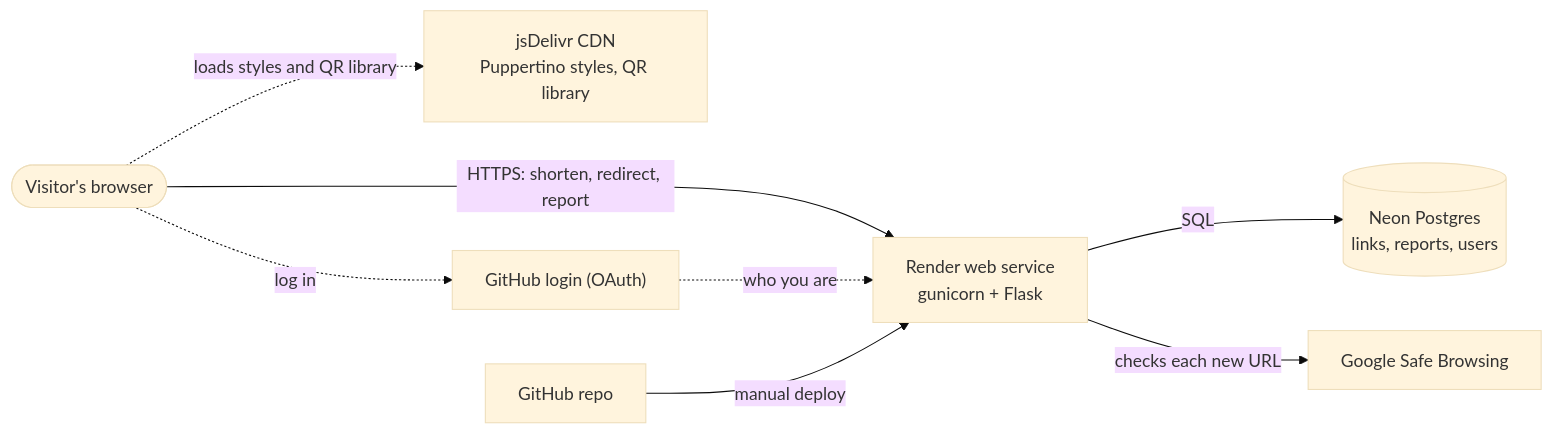
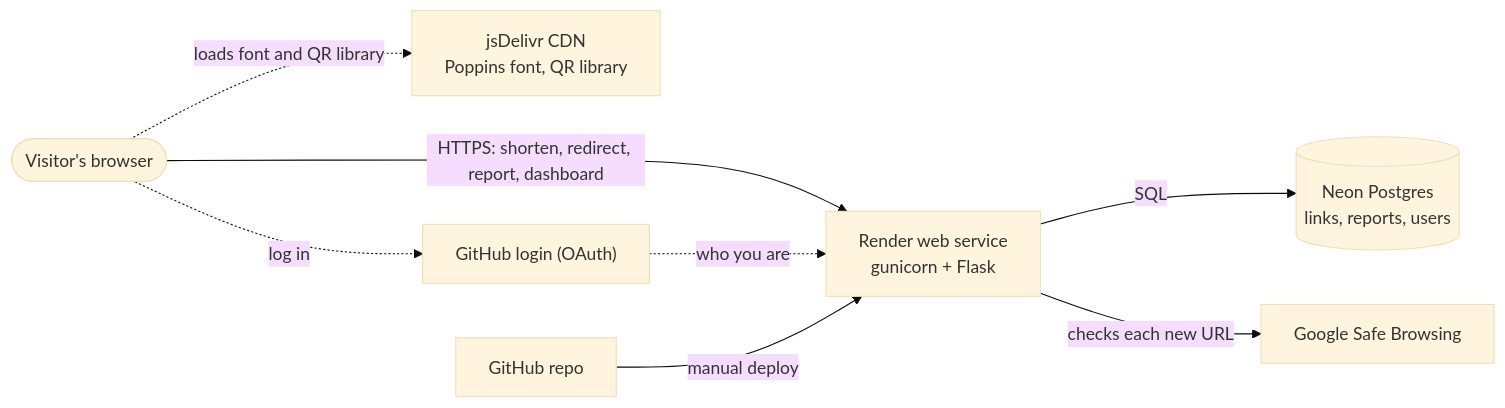
The diagram in README.md (martinipolice/snipurlnk), drawn with Mermaid (base theme) before and after one commit. The commit also changed other lines of this file and 7 other files, not shown here.

````diff
--- a/README.md
+++ b/README.md
@@ -80,18 +104,18 @@
 ```mermaid
 flowchart LR
     visitor(["Visitor's browser"])
-    cdn["jsDelivr CDN<br/>Puppertino styles, QR library"]
+    cdn["jsDelivr CDN<br/>Poppins font, QR library"]
     app["Render web service<br/>gunicorn + Flask"]
     db[("Neon Postgres<br/>links, reports, users")]
     google["Google Safe Browsing"]
     ghlogin["GitHub login (OAuth)"]
     github["GitHub repo"]
 
-    visitor -->|"HTTPS: shorten, redirect, report"| app
-    visitor -.->|"loads styles and QR library"| cdn
+    visitor -->|"HTTPS: shorten, redirect, report, dashboard"| app
+    visitor -.->|"loads font and QR library"| cdn
     visitor -.->|"log in"| ghlogin
     ghlogin -.->|"who you are"| app
     app -->|"SQL"| db
     app -->|"checks each new URL"| google
     github -->|"manual deploy"| app
 ```
````
